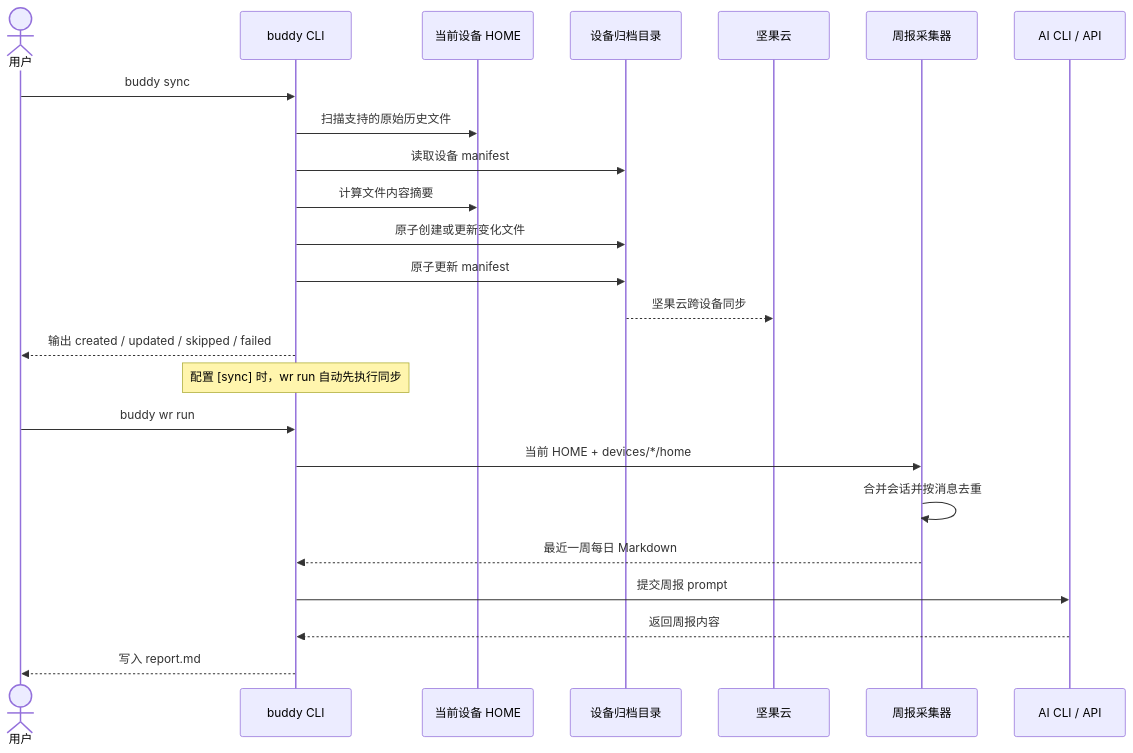
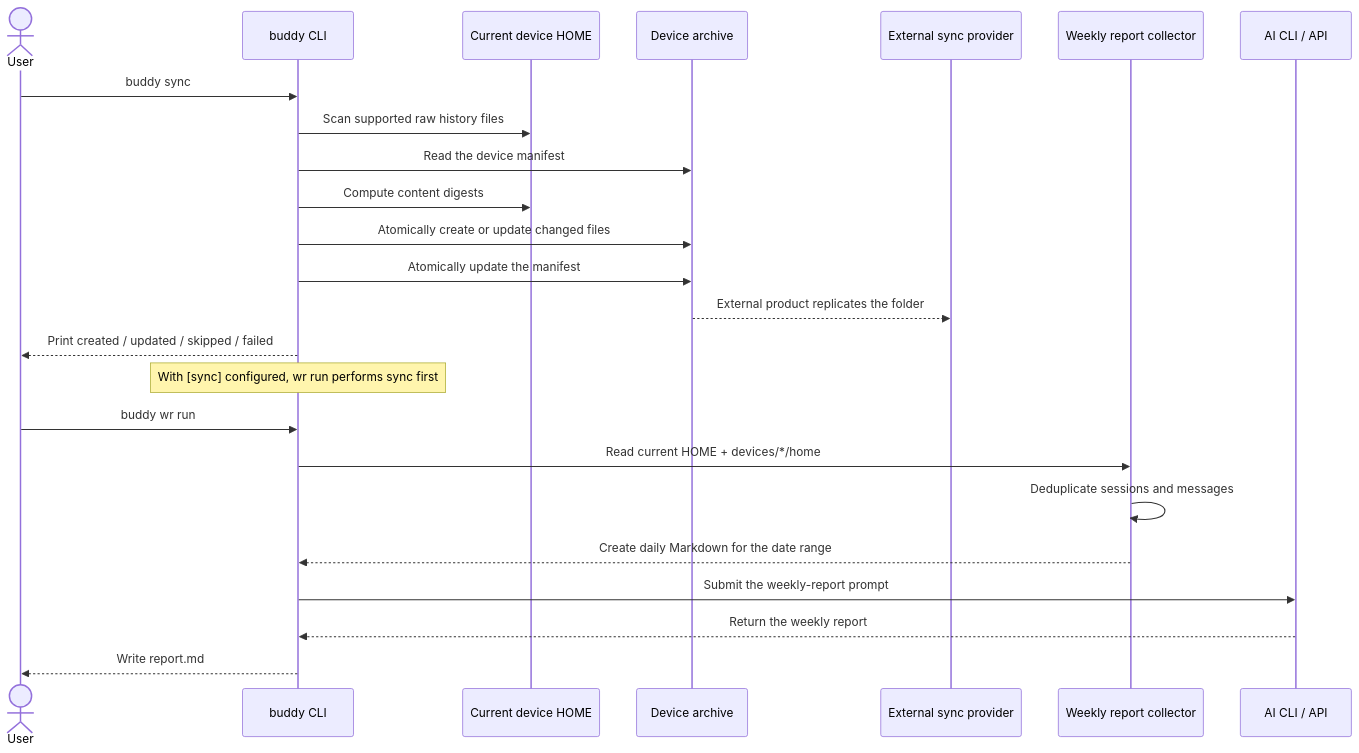
Before and after one commit to Zhaoyilunnn/guarded-buddy: the diagram in docs/buddy-sync.md, drawn with Mermaid. The commit also changed other lines of this file and 19 other files, not shown here.

Commit message:
docs: make sync provider agnostic

````diff
--- a/docs/buddy-sync.md
+++ b/docs/buddy-sync.md
@@ -74,28 +74,28 @@
 ```mermaid
 sequenceDiagram
-    actor User as 用户
+    actor User
     participant Buddy as buddy CLI
-    participant Local as 当前设备 HOME
-    participant Archive as 设备归档目录
-    participant Cloud as 坚果云
-    participant Collect as 周报采集器
+    participant Local as Current device HOME
+    participant Archive as Device archive
+    participant Provider as External sync provider
+    participant Collect as Weekly report collector
     participant LLM as AI CLI / API
 
     User->>Buddy: buddy sync
-    Buddy->>Local: 扫描支持的原始历史文件
-    Buddy->>Archive: 读取设备 manifest
-    Buddy->>Local: 计算文件内容摘要
-    Buddy->>Archive: 原子创建或更新变化文件
-    Buddy->>Archive: 原子更新 manifest
-    Archive-->>Cloud: 坚果云跨设备同步
-    Buddy-->>User: 输出 created / updated / skipped / failed
+    Buddy->>Local: Scan supported raw history files
+    Buddy->>Archive: Read the device manifest
+    Buddy->>Local: Compute content digests
+    Buddy->>Archive: Atomically create or update changed files
+    Buddy->>Archive: Atomically update the manifest
+    Archive-->>Provider: External product replicates the folder
+    Buddy-->>User: Print created / updated / skipped / failed
 
-    Note over Buddy: 配置 [sync] 时，wr run 自动先执行同步
+    Note over Buddy: With [sync] configured, wr run performs sync first
     User->>Buddy: buddy wr run
-    Buddy->>Collect: 当前 HOME + devices/*/home
-    Collect->>Collect: 合并会话并按消息去重
-    Collect-->>Buddy: 最近一周每日 Markdown
-    Buddy->>LLM: 提交周报 prompt
-    LLM-->>Buddy: 返回周报内容
-    Buddy-->>User: 写入 report.md
+    Buddy->>Collect: Read current HOME + devices/*/home
+    Collect->>Collect: Deduplicate sessions and messages
+    Collect-->>Buddy: Create daily Markdown for the date range
+    Buddy->>LLM: Submit the weekly-report prompt
+    LLM-->>Buddy: Return the weekly report
+    Buddy-->>User: Write report.md
 ```
````
